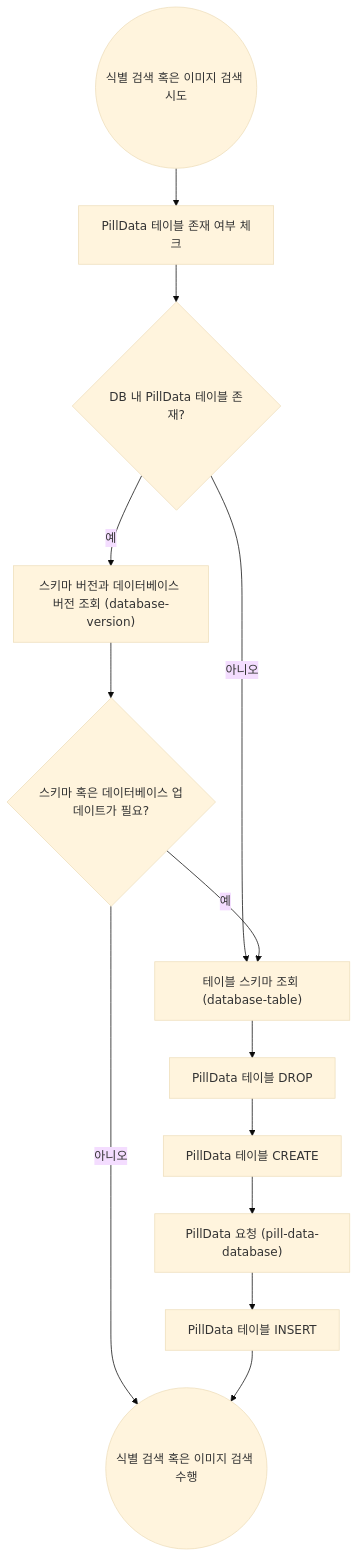
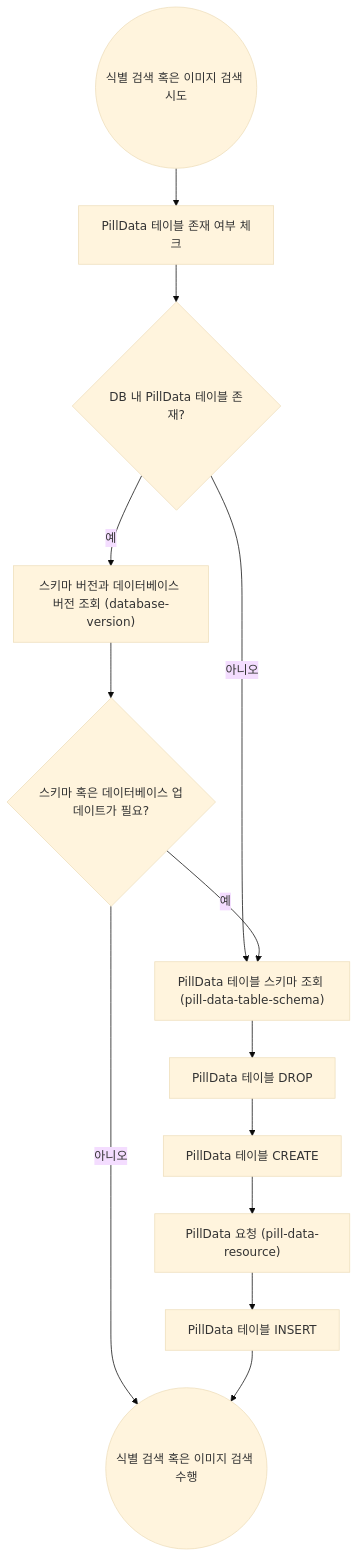
Before and after one commit to KNUT-Capstone-Design-team-1/wip-document: the diagram in diagram/features/데이터베이스_업데이트_플로우차트.md, drawn with Mermaid (base theme). The commit also changed 3 other files, not shown here.

````diff
--- a/diagram/features/데이터베이스_업데이트_플로우차트.md
+++ b/diagram/features/데이터베이스_업데이트_플로우차트.md
@@ -1,27 +1,27 @@
 ```mermaid
 flowchart TD
     %% start
     start((식별 검색 혹은 이미지 검색 시도)) --> check_exist_pilldata_table[PillData 테이블 존재 여부 체크]
     
     check_exist_pilldata_table --> is_exist_pill_data_table{DB 내 PillData 테이블 존재?}
 
     %% is_exist_pill_data_table
     is_exist_pill_data_table -->|예| request-database-version["스키마 버전과 데이터베이스 버전 조회 (database-version)"]
-    is_exist_pill_data_table -->|아니오| reqeust_table_schema["테이블 스키마 조회 (database-table)"]
+    is_exist_pill_data_table -->|아니오| reqeust_pill_data_table_schema["PillData 테이블 스키마 조회 (pill-data-table-schema)"]
 
 
     request-database-version --> check_require_update{스키마 혹은 데이터베이스 업데이트가 필요?}
 
 
     %% check_require_update
-    check_require_update -->|예| reqeust_table_schema
+    check_require_update -->|예| reqeust_pill_data_table_schema
     check_require_update -->|아니오| search((식별 검색 혹은 이미지 검색 수행))
 
 
-    reqeust_table_schema --> drop_pill_data_table[PillData 테이블 DROP]
+    reqeust_pill_data_table_schema --> drop_pill_data_table[PillData 테이블 DROP]
     drop_pill_data_table --> create_pill_data_table[PillData 테이블 CREATE]
-    create_pill_data_table --> request_pill_data_database["PillData 요청 (pill-data-database)"]
-    request_pill_data_database --> insert_pill_data[PillData 테이블 INSERT]
+    create_pill_data_table --> request_pill_data_resource["PillData 요청 (pill-data-resource)"]
+    request_pill_data_resource --> insert_pill_data[PillData 테이블 INSERT]
 
     insert_pill_data --> search
 ```
````
